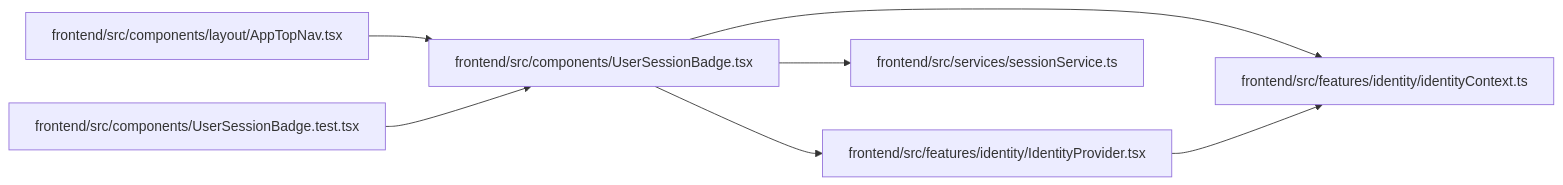
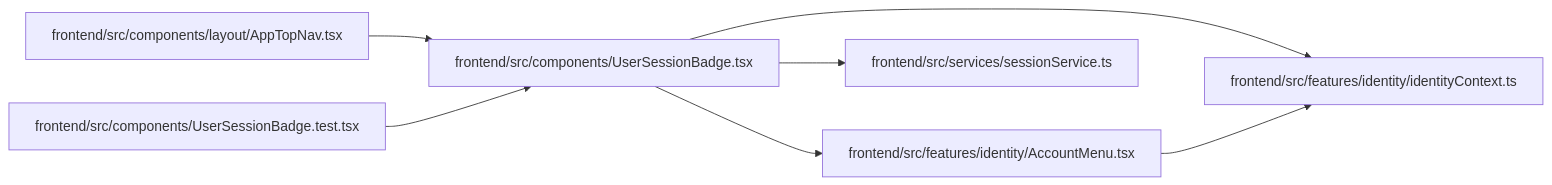
One commit to Denissvgn/WorkChord changed the diagram in docs/llm_wiki/modules/UserSessionBadge.md. Above: the diagram before and after it, drawn with Mermaid. The commit also changed other lines of this file and 2373 other files, not shown here.

````diff
--- a/docs/llm_wiki/modules/UserSessionBadge.md
+++ b/docs/llm_wiki/modules/UserSessionBadge.md
@@ -32,21 +32,21 @@
 ```mermaid
 flowchart LR
     n0["frontend/src/components/layout/AppTopNav.tsx"]
     n1["frontend/src/components/UserSessionBadge.test.tsx"]
     n2["frontend/src/components/UserSessionBadge.tsx"]
-    n3["frontend/src/features/identity/identityContext.ts"]
-    n4["frontend/src/features/identity/IdentityProvider.tsx"]
+    n3["frontend/src/features/identity/AccountMenu.tsx"]
+    n4["frontend/src/features/identity/identityContext.ts"]
     n5["frontend/src/services/sessionService.ts"]
     n0 --> n2
     n1 --> n2
     n2 --> n3
     n2 --> n4
     n2 --> n5
-    n4 --> n3
+    n3 --> n4
     click n0 "../modules/AppTopNav.md"
     click n1 "../modules/UserSessionBadge.test.md"
     click n2 "../modules/UserSessionBadge.md"
-    click n3 "../modules/identityContext.md"
-    click n4 "../modules/IdentityProvider.md"
+    click n3 "../modules/AccountMenu.md"
+    click n4 "../modules/identityContext.md"
     click n5 "../modules/sessionService.md"
 ```
````
